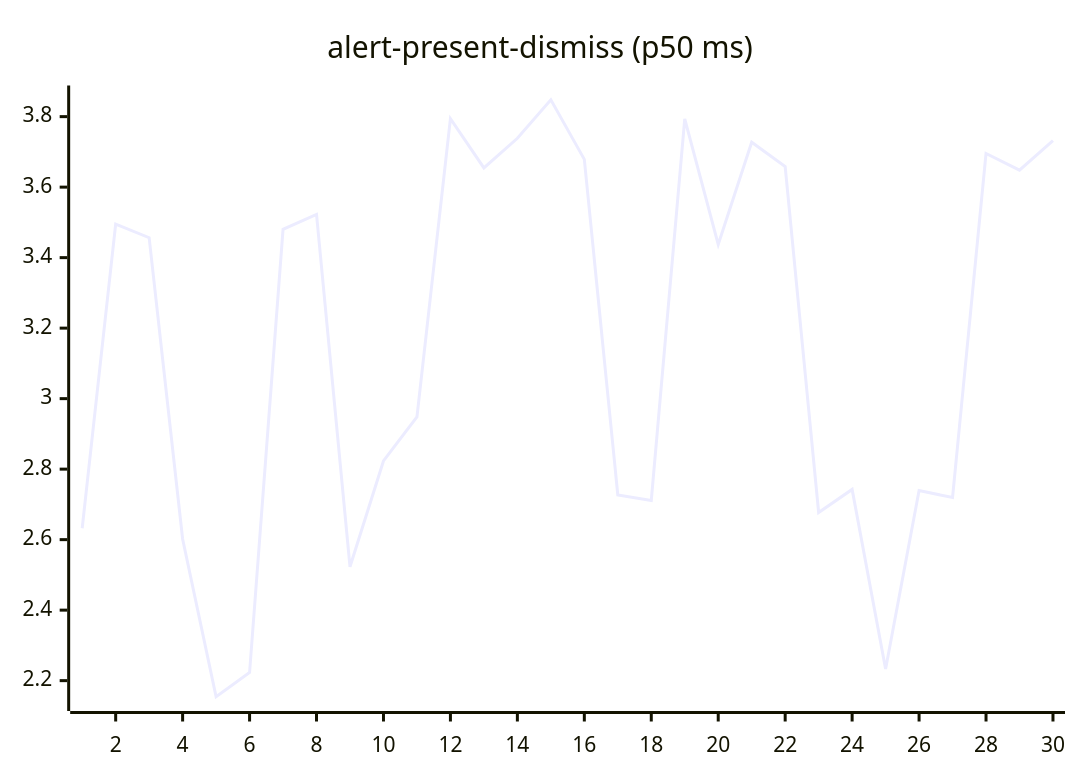
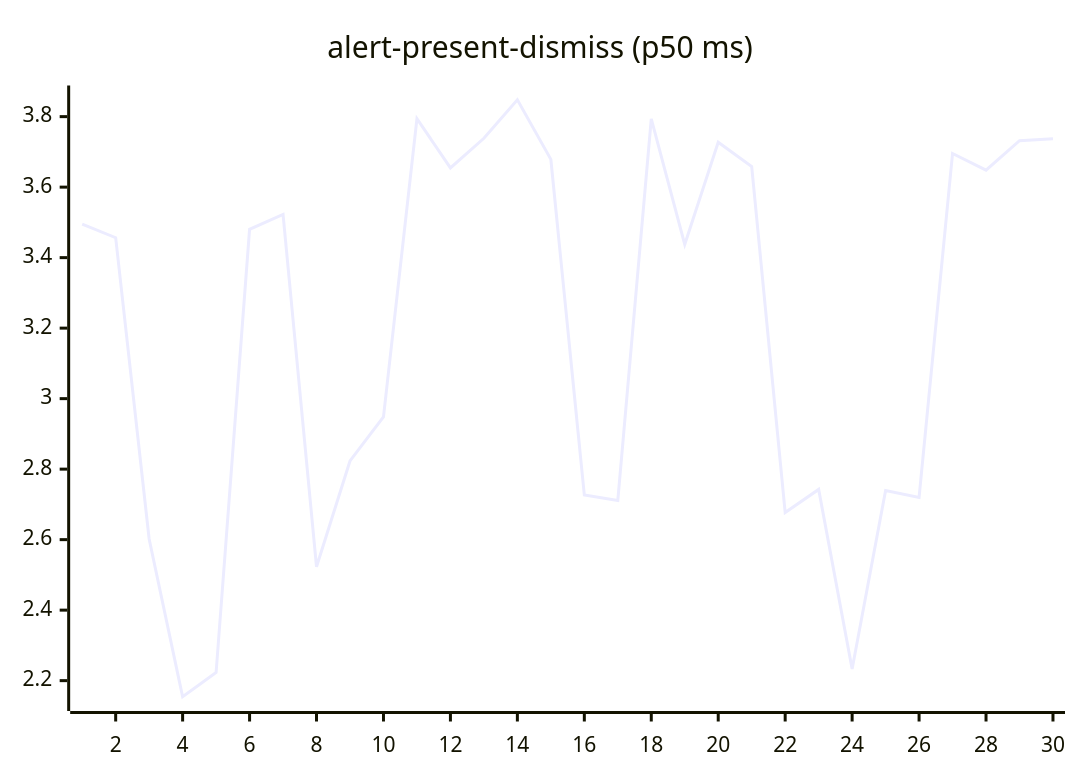
Before and after one commit to josha/Facet: the second of 27 diagrams in README.md, drawn with Mermaid. The commit also changed other lines of this file and 2 other files, not shown here.

````diff
--- a/README.md
+++ b/README.md
@@ -70,6 +70,6 @@
 ```mermaid
 xychart-beta
     title "alert-present-dismiss (p50 ms)"
     x-axis 1 --> 30
-    line [2.6324, 3.4949, 3.4566, 2.6019, 2.1543, 2.2230, 3.4803, 3.5227, 2.5229, 2.8233, 2.9484, 3.7942, 3.6546, 3.7386, 3.8479, 3.6788, 2.7270, 2.7111, 3.7936, 3.4376, 3.7274, 3.6582, 2.6769, 2.7425, 2.2328, 2.7393, 2.7195, 3.6955, 3.6480, 3.7318]
+    line [3.4949, 3.4566, 2.6019, 2.1543, 2.2230, 3.4803, 3.5227, 2.5229, 2.8233, 2.9484, 3.7942, 3.6546, 3.7386, 3.8479, 3.6788, 2.7270, 2.7111, 3.7936, 3.4376, 3.7274, 3.6582, 2.6769, 2.7425, 2.2328, 2.7393, 2.7195, 3.6955, 3.6480, 3.7318, 3.7373]
 ```
````
